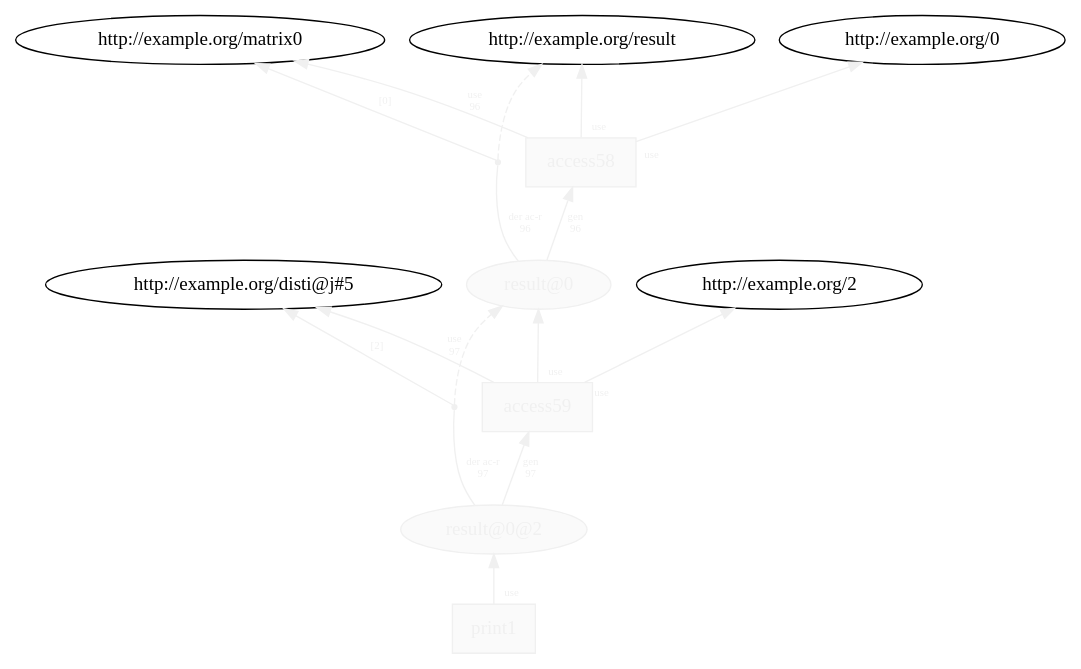
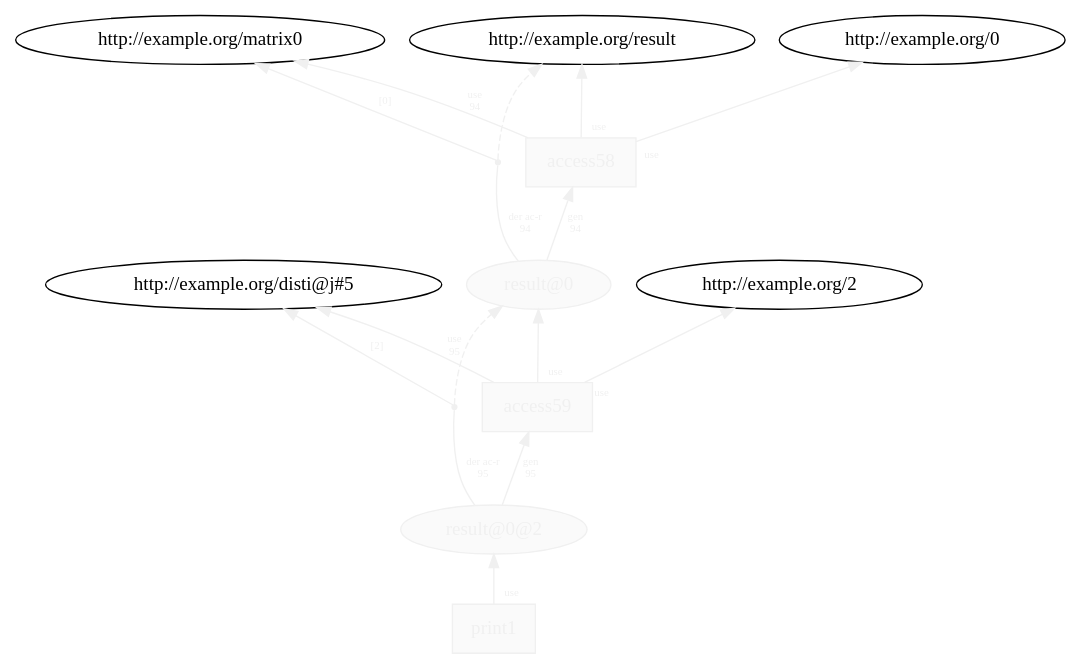
One commit to dew-uff/versioned-prov changed the diagram in generated/versioned_prov/temp/L22__access__access__call.dot. Above: the diagram before and after it, drawn with Graphviz. The commit also changed 2643 other files, not shown here.

```diff
--- a/generated/versioned_prov/temp/L22__access__access__call.dot
+++ b/generated/versioned_prov/temp/L22__access__access__call.dot
@@ -1,30 +1,30 @@
 digraph "PROV" { size="16,12"; rankdir="BT";
 "http://example.org/result@0" [fillcolor="#FAFAFA",color="#F0F0F0",style="filled",fontcolor="#F0F0F0",label="result@0",URL="http://example.org/result@0"]
 "http://example.org/access58" [fillcolor="#FAFAFA",color="#F0F0F0",shape="polygon",sides="4",style="filled",fontcolor="#F0F0F0",label="access58",URL="http://example.org/access58"]
 "bn0" [shape="point",label="",fontcolor="#F0F0F0",color="#F0F0F0"]
 "http://example.org/result@0" -> "bn0" [fontsize="8",distance="1.5",angle="60.0",rotation="20",label="der ac-r
-96",arrowhead="none",fontcolor="#F0F0F0",color="#F0F0F0"]
+94",arrowhead="none",fontcolor="#F0F0F0",color="#F0F0F0"]
 "bn0" -> "http://example.org/result" [style="dashed",fontcolor="#F0F0F0",color="#F0F0F0"]
 "bn0" -> "http://example.org/matrix0" [fontsize="8",distance="1.5",angle="60.0",rotation="20",label="[0]",fontcolor="#F0F0F0",color="#F0F0F0"]
 "http://example.org/access58" -> "http://example.org/result" [labelfontsize="8",labeldistance="1.5",labelangle="60.0",rotation="20",taillabel="use",fontcolor="#F0F0F0",color="#F0F0F0"]
 "http://example.org/access58" -> "http://example.org/0" [labelfontsize="8",labeldistance="1.5",labelangle="60.0",rotation="20",taillabel="use",fontcolor="#F0F0F0",color="#F0F0F0"]
 "http://example.org/result@0@2" [fillcolor="#FAFAFA",color="#F0F0F0",style="filled",fontcolor="#F0F0F0",label="result@0@2",URL="http://example.org/result@0@2"]
 "http://example.org/access59" [fillcolor="#FAFAFA",color="#F0F0F0",shape="polygon",sides="4",style="filled",fontcolor="#F0F0F0",label="access59",URL="http://example.org/access59"]
 "bn1" [shape="point",label="",fontcolor="#F0F0F0",color="#F0F0F0"]
 "http://example.org/result@0@2" -> "bn1" [fontsize="8",distance="1.5",angle="60.0",rotation="20",label="der ac-r
-97",arrowhead="none",fontcolor="#F0F0F0",color="#F0F0F0"]
+95",arrowhead="none",fontcolor="#F0F0F0",color="#F0F0F0"]
 "bn1" -> "http://example.org/result@0" [style="dashed",fontcolor="#F0F0F0",color="#F0F0F0"]
 "bn1" -> "http://example.org/disti@j#5" [fontsize="8",distance="1.5",angle="60.0",rotation="20",label="[2]",fontcolor="#F0F0F0",color="#F0F0F0"]
 "http://example.org/access59" -> "http://example.org/result@0" [labelfontsize="8",labeldistance="1.5",labelangle="60.0",rotation="20",taillabel="use",fontcolor="#F0F0F0",color="#F0F0F0"]
 "http://example.org/access59" -> "http://example.org/2" [labelfontsize="8",labeldistance="1.5",labelangle="60.0",rotation="20",taillabel="use",fontcolor="#F0F0F0",color="#F0F0F0"]
 "http://example.org/print1" [fillcolor="#FAFAFA",color="#F0F0F0",shape="polygon",sides="4",style="filled",fontcolor="#F0F0F0",label="print1",URL="http://example.org/print1"]
 "http://example.org/print1" -> "http://example.org/result@0@2" [labelfontsize="8",labeldistance="1.5",labelangle="60.0",rotation="20",taillabel="use",fontcolor="#F0F0F0",color="#F0F0F0"]
 "http://example.org/access58" -> "http://example.org/matrix0" [fontsize="8",distance="1.5",angle="60.0",rotation="20",label="use
-96",fontcolor="#F0F0F0",color="#F0F0F0"]
+94",fontcolor="#F0F0F0",color="#F0F0F0"]
 "http://example.org/access59" -> "http://example.org/disti@j#5" [fontsize="8",distance="1.5",angle="60.0",rotation="20",label="use
-97",fontcolor="#F0F0F0",color="#F0F0F0"]
+95",fontcolor="#F0F0F0",color="#F0F0F0"]
 "http://example.org/result@0@2" -> "http://example.org/access59" [fontsize="8",distance="1.5",angle="60.0",rotation="20",label="gen
-97",fontcolor="#F0F0F0",color="#F0F0F0"]
+95",fontcolor="#F0F0F0",color="#F0F0F0"]
 "http://example.org/result@0" -> "http://example.org/access58" [fontsize="8",distance="1.5",angle="60.0",rotation="20",label="gen
-96",fontcolor="#F0F0F0",color="#F0F0F0"]
+94",fontcolor="#F0F0F0",color="#F0F0F0"]
 }
```
